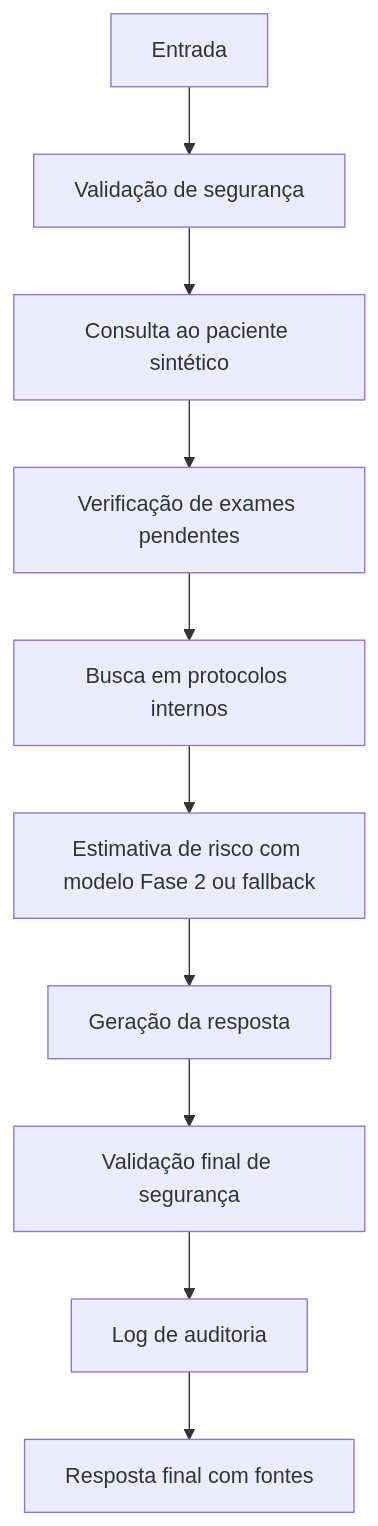
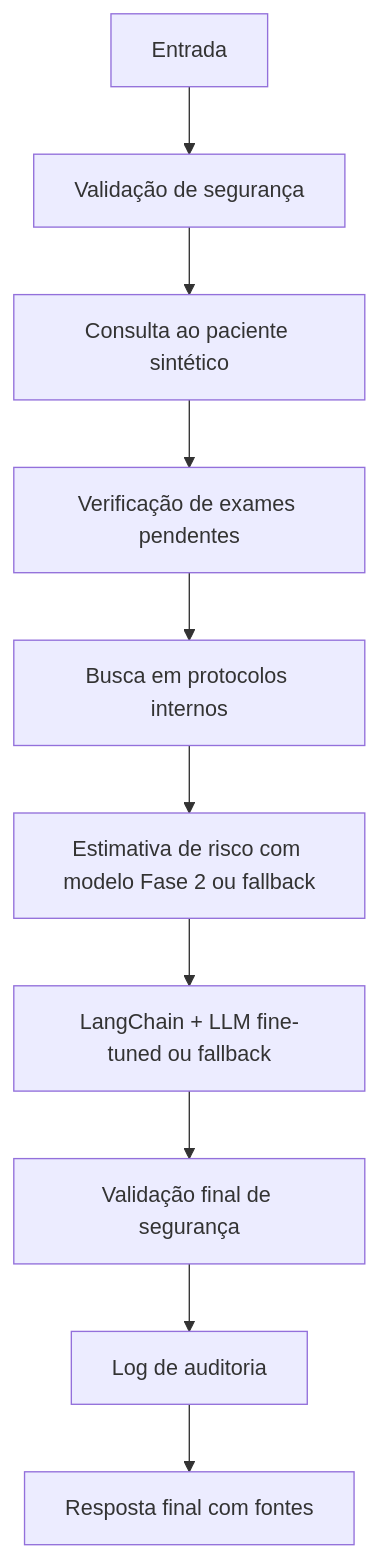
The diagram in reports/fase3/langgraph_flow.md (BMatheus1/projeto_sepse_2.0), drawn with Mermaid before and after one commit. The commit also changed 36 other files, not shown here.

First line of the commit message:
feat: Integrate LangChain for contextual answer generation and enhance protocol retrieval

````diff
--- a/reports/fase3/langgraph_flow.md
+++ b/reports/fase3/langgraph_flow.md
@@ -3,12 +3,12 @@
 ```mermaid
 flowchart TD
     A[Entrada] --> B[Validação de segurança]
     B --> C[Consulta ao paciente sintético]
     C --> D[Verificação de exames pendentes]
     D --> E[Busca em protocolos internos]
     E --> F[Estimativa de risco com modelo Fase 2 ou fallback]
-    F --> G[Geração da resposta]
+    F --> G[LangChain + LLM fine-tuned ou fallback]
     G --> H[Validação final de segurança]
     H --> I[Log de auditoria]
     I --> J[Resposta final com fontes]
 ```
````
